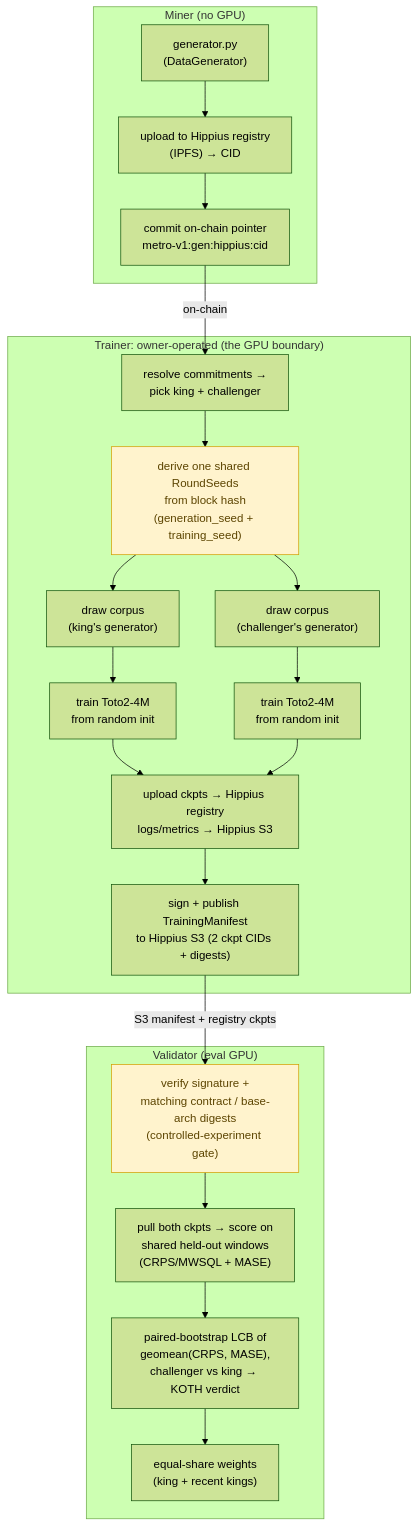
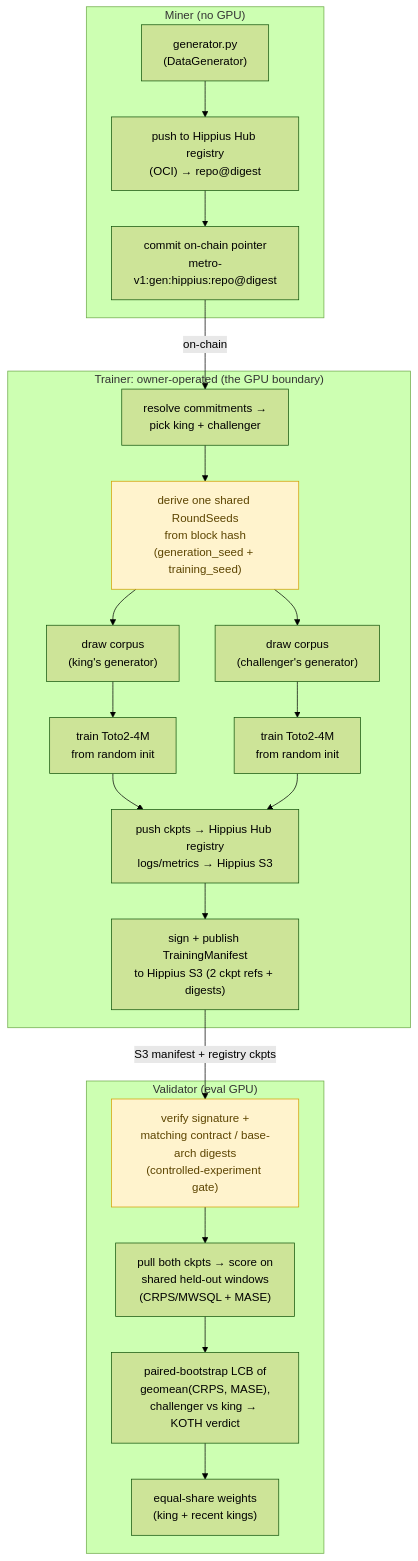
One commit to elthworth/cascade changed the diagram in README.md. Above: the diagram before and after it, drawn with Mermaid (forest theme). The commit also changed other lines of this file and 33 other files, not shown here.

````diff
--- a/README.md
+++ b/README.md
@@ -18,37 +18,37 @@
 ```mermaid
 flowchart TD
     subgraph miner["Miner (no GPU)"]
         gen["generator.py<br/>(DataGenerator)"]
-        upload["upload to Hippius registry<br/>(IPFS) → CID"]
-        commit["commit on-chain pointer<br/>metro-v1:gen:hippius:cid"]
+        upload["push to Hippius Hub registry<br/>(OCI) → repo@digest"]
+        commit["commit on-chain pointer<br/>metro-v1:gen:hippius:repo@digest"]
         gen --> upload --> commit
     end
 
     subgraph trainer["Trainer: owner-operated (the GPU boundary)"]
         resolve["resolve commitments →<br/>pick king + challenger"]
         seeds["derive one shared RoundSeeds<br/>from block hash<br/>(generation_seed + training_seed)"]
         corpusK["draw corpus<br/>(king's generator)"]
         corpusC["draw corpus<br/>(challenger's generator)"]
         trainK["train Toto2-4M<br/>from random init"]
         trainC["train Toto2-4M<br/>from random init"]
-        upK["upload ckpts → Hippius registry<br/>logs/metrics → Hippius S3"]
-        manifest["sign + publish TrainingManifest<br/>to Hippius S3 (2 ckpt CIDs + digests)"]
+        upK["push ckpts → Hippius Hub registry<br/>logs/metrics → Hippius S3"]
+        manifest["sign + publish TrainingManifest<br/>to Hippius S3 (2 ckpt refs + digests)"]
         resolve --> seeds
         seeds --> corpusK --> trainK --> upK --> manifest
         seeds --> corpusC --> trainC --> upK
     end
 
     subgraph validator["Validator (eval GPU)"]
         gate["verify signature +<br/>matching contract / base-arch digests<br/>(controlled-experiment gate)"]
         eval["pull both ckpts → score on<br/>shared held-out windows<br/>(CRPS/MWSQL + MASE)"]
         koth["paired-bootstrap LCB of<br/>geomean(CRPS, MASE),<br/>challenger vs king → KOTH verdict"]
         weights["equal-share weights<br/>(king + recent kings)"]
         gate --> eval --> koth --> weights
     end
 
     commit -->|on-chain| resolve
     manifest -->|S3 manifest + registry ckpts| gate
 
     classDef invariant fill:#fff3cd,stroke:#d39e00,color:#5c4400;
     class seeds,gate invariant;
 ```
````
